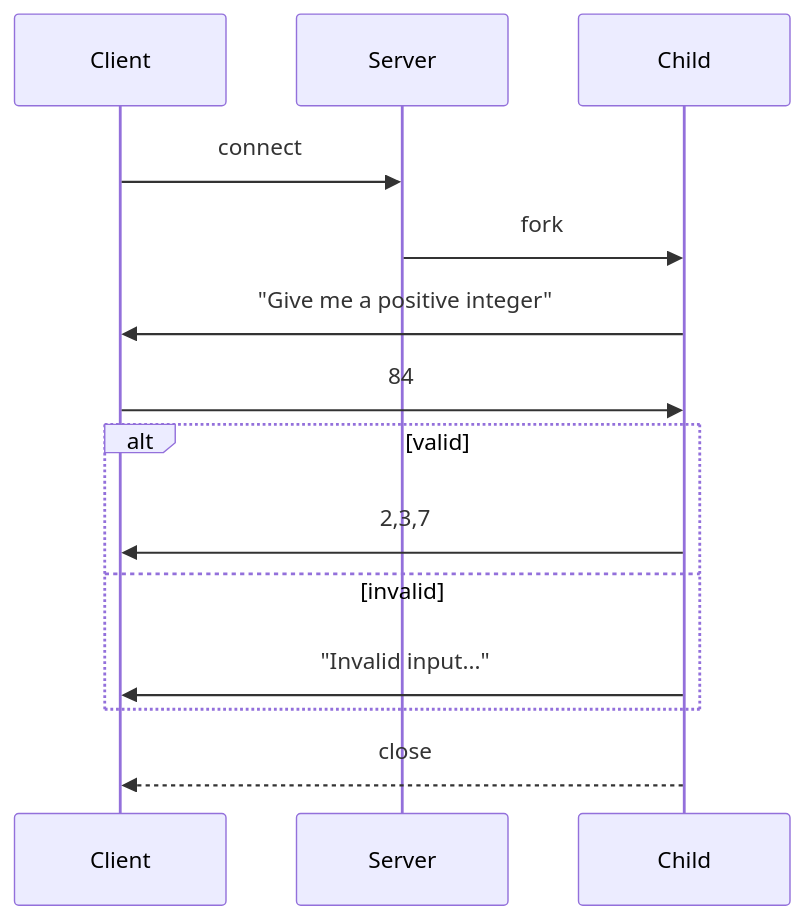
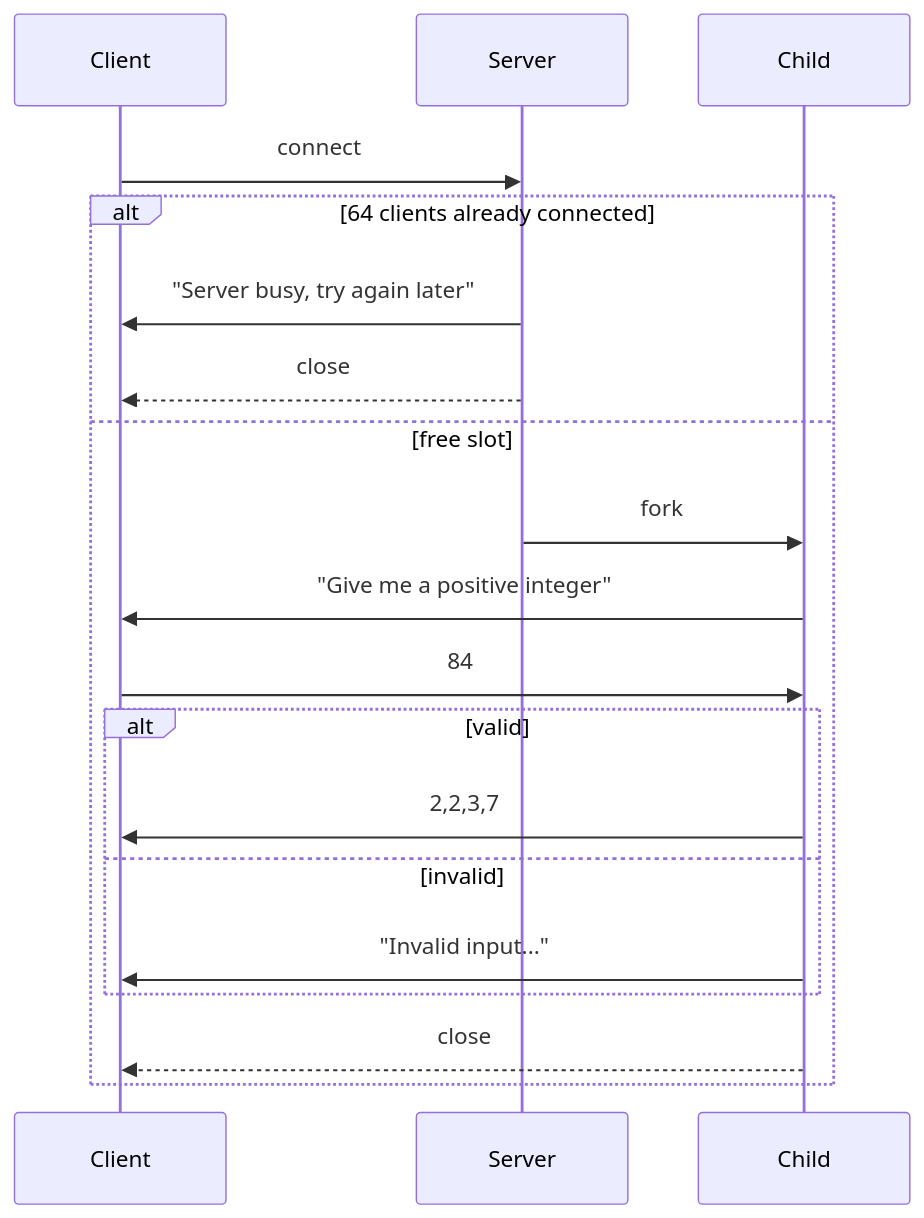
One commit to DimitriosDalaklidhs/tcp-prime-factors-server-client changed the diagram in README.md. Above: the diagram before and after it, drawn with Mermaid. The commit also changed other lines of this file, not shown here.

````diff
--- a/README.md
+++ b/README.md
@@ -25,16 +35,21 @@
 ```mermaid
 sequenceDiagram
     participant C as Client
     participant S as Server
     participant W as Child
     C->>S: connect
-    S->>W: fork
-    W->>C: "Give me a positive integer"
-    C->>W: 84
-    alt valid
-        W->>C: 2,3,7
-    else invalid
-        W->>C: "Invalid input..."
+    alt 64 clients already connected
+        S->>C: "Server busy, try again later"
+        S-->>C: close
+    else free slot
+        S->>W: fork
+        W->>C: "Give me a positive integer"
+        C->>W: 84
+        alt valid
+            W->>C: 2,2,3,7
+        else invalid
+            W->>C: "Invalid input..."
+        end
+        W-->>C: close
     end
-    W-->>C: close
 ```
````
